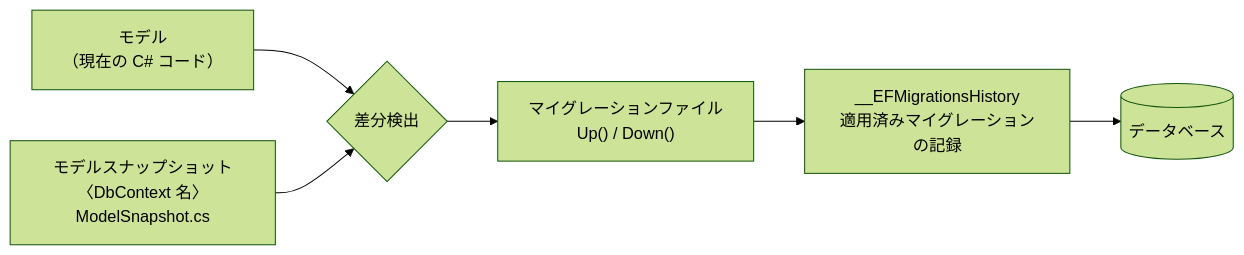
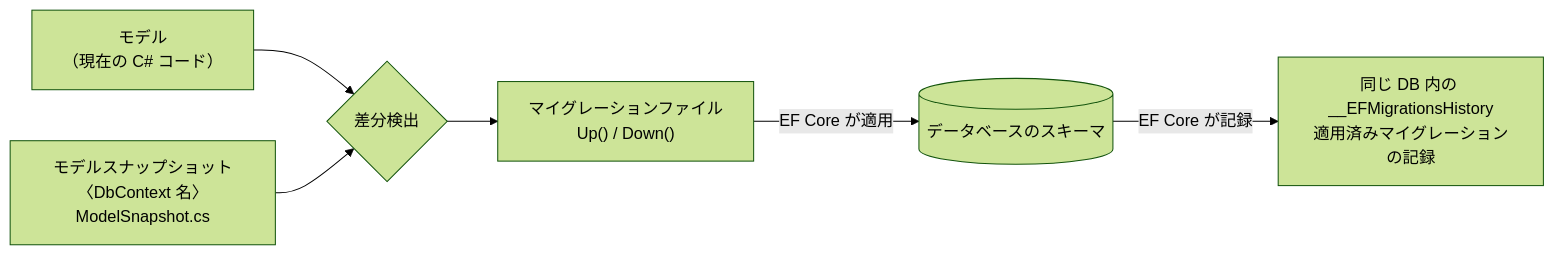
Before and after one commit to microsoft/aspnetcore-ja-handbook: the sixth of 8 diagrams in src/content/docs/08-entity-framework-core/index.md, drawn with Mermaid (forest theme). The commit also changed other lines of this file and 6 other files, not shown here.

````diff
--- a/src/content/docs/08-entity-framework-core/index.md
+++ b/src/content/docs/08-entity-framework-core/index.md
@@ -1088,10 +1102,10 @@
 ```mermaid
 flowchart LR
     accTitle: マイグレーションの生成と適用の流れ
-    accDescr: 現在のモデルとモデルスナップショットの差分からマイグレーションファイルが生成され、適用すると __EFMigrationsHistory に記録されてデータベースに反映される。
+    accDescr: 現在のモデルとモデルスナップショットの差分からマイグレーションファイルが生成される。EF Core がデータベースのスキーマ変更を適用し、同じデータベース内の __EFMigrationsHistory に適用済みの行を記録する。
     M1["モデル<br>（現在の C# コード）"] --> DIFF{差分検出}
     SNAP["モデルスナップショット<br>〈DbContext 名〉ModelSnapshot.cs"] --> DIFF
     DIFF --> MIG["マイグレーションファイル<br>Up() / Down()"]
-    MIG --> HIST["__EFMigrationsHistory<br>適用済みマイグレーションの記録"]
-    HIST --> DB[("データベース")]
+    MIG -->|"EF Core が適用"| DB[("データベースのスキーマ")]
+    DB -->|"EF Core が記録"| HIST["同じ DB 内の __EFMigrationsHistory<br>適用済みマイグレーションの記録"]
 ```
````
